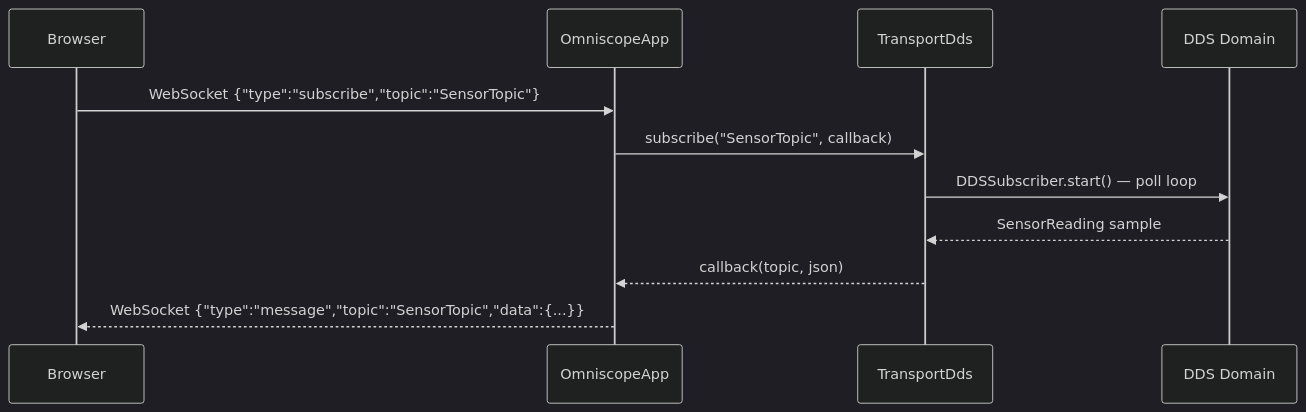
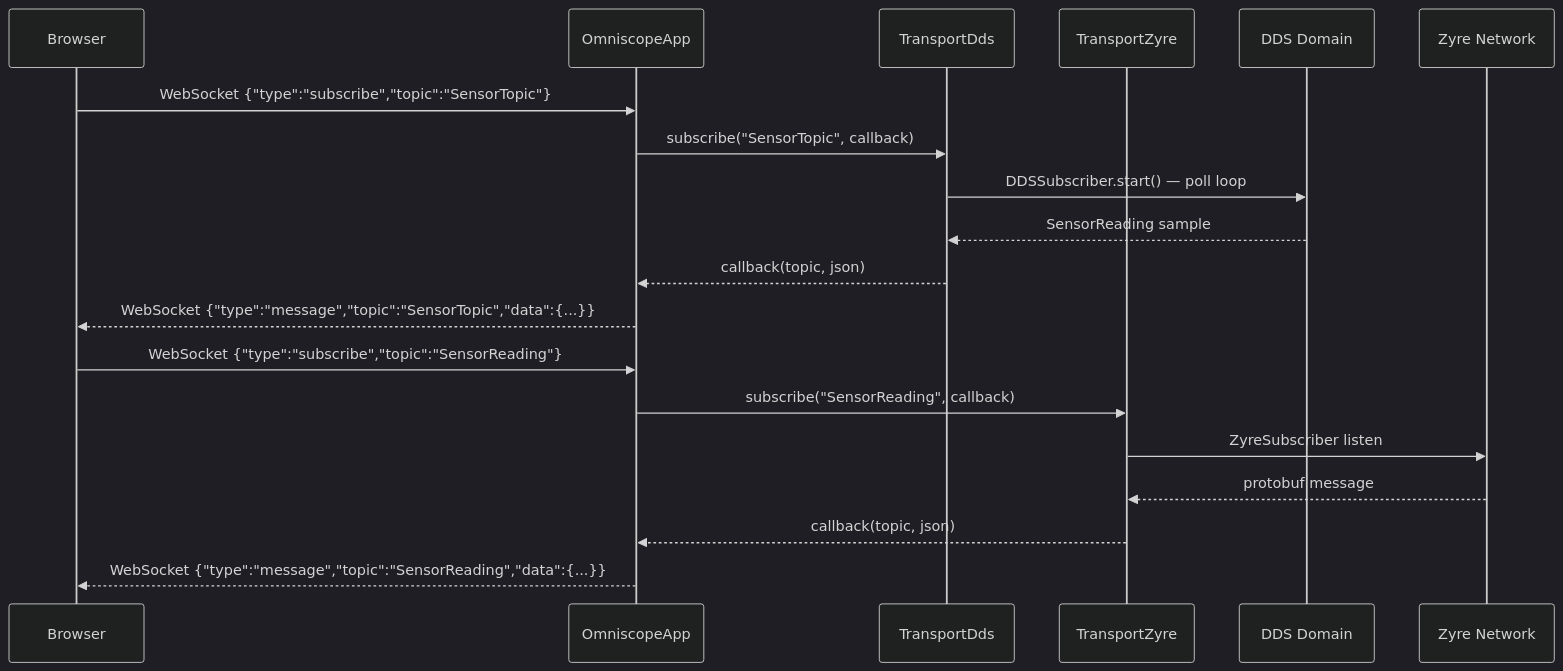
Before and after one commit to sfestenstein/StarterCpp: the third of 5 diagrams in src/apps/Omniscope/DESIGN.md, drawn with Mermaid (dark theme). The commit also changed other lines of this file and 16 other files, not shown here.

````diff
--- a/src/apps/Omniscope/DESIGN.md
+++ b/src/apps/Omniscope/DESIGN.md
@@ -99,14 +120,23 @@
 ```mermaid
 sequenceDiagram
     participant B as Browser
     participant App as OmniscopeApp
     participant DT as TransportDds
+    participant ZT as TransportZyre
     participant DDS as DDS Domain
+    participant ZN as Zyre Network
 
     B->>App: WebSocket {"type":"subscribe","topic":"SensorTopic"}
     App->>DT: subscribe("SensorTopic", callback)
     DT->>DDS: DDSSubscriber.start() — poll loop
     DDS-->>DT: SensorReading sample
     DT-->>App: callback(topic, json)
     App-->>B: WebSocket {"type":"message","topic":"SensorTopic","data":{...}}
+
+    B->>App: WebSocket {"type":"subscribe","topic":"SensorReading"}
+    App->>ZT: subscribe("SensorReading", callback)
+    ZT->>ZN: ZyreSubscriber listen
+    ZN-->>ZT: protobuf message
+    ZT-->>App: callback(topic, json)
+    App-->>B: WebSocket {"type":"message","topic":"SensorReading","data":{...}}
 ```
````
